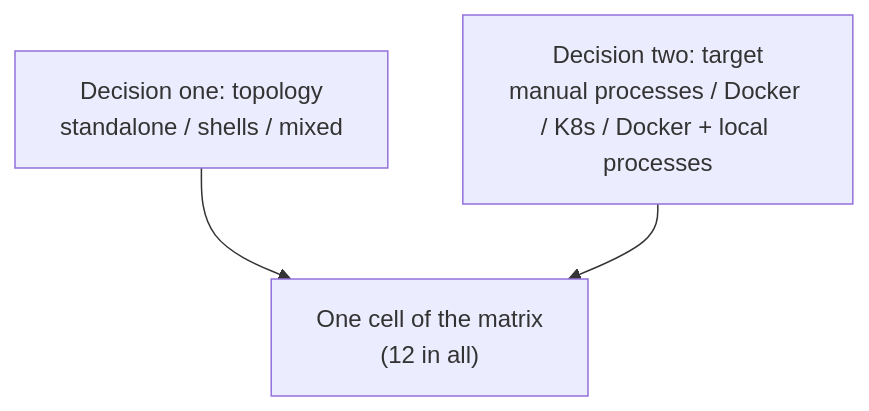
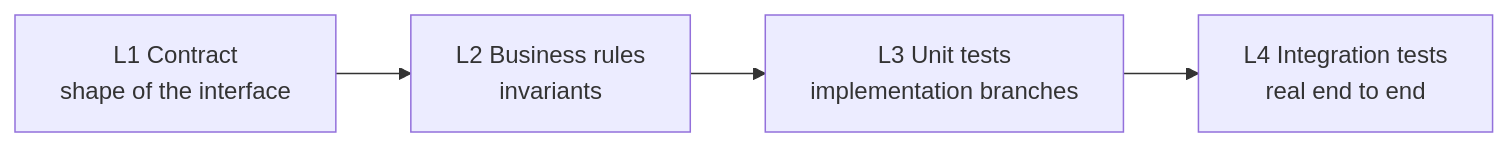
One commit to brickKit/brickKit changed the second of 4 diagrams in llms/en/08.md. Above: the diagram before and after it, drawn with Mermaid. The commit also changed other lines of this file and 24 other files, not shown here.

````diff
--- a/llms/en/08.md
+++ b/llms/en/08.md
@@ -56,7 +702,4 @@
 ```mermaid
-graph TD
-    Topo["Decision one: topology<br/>standalone / shells / mixed"]
-    Target["Decision two: target<br/>manual processes / Docker / K8s / Docker + local processes"]
-    Topo --> Cell["One cell of the matrix<br/>(12 in all)"]
-    Target --> Cell
+graph LR
+    L1["L1 Contract<br/>shape of the interface"] --> L2["L2 Business rules<br/>invariants"] --> L3["L3 Unit tests<br/>implementation branches"] --> L4["L4 Integration tests<br/>real end to end"]
 ```
````
